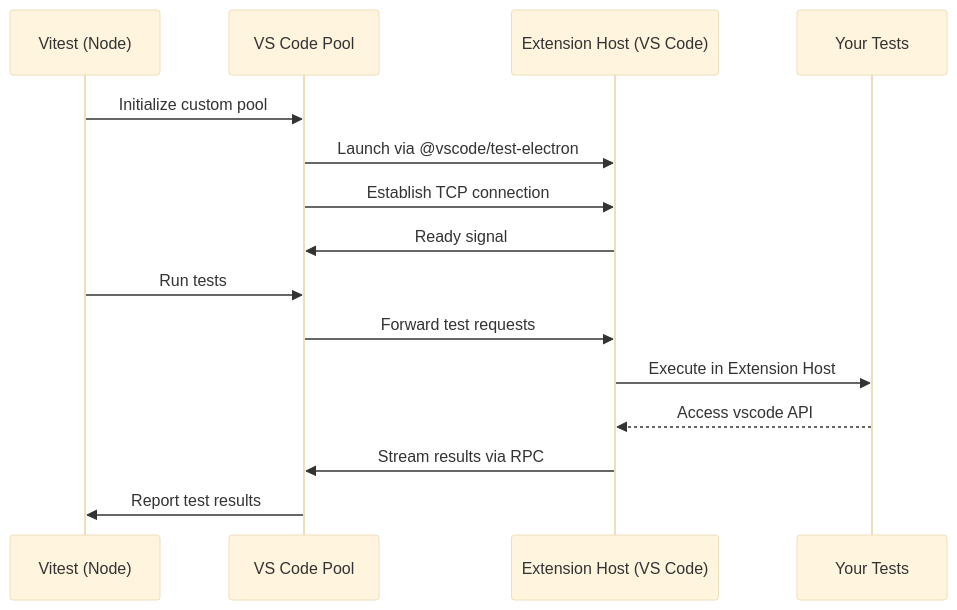
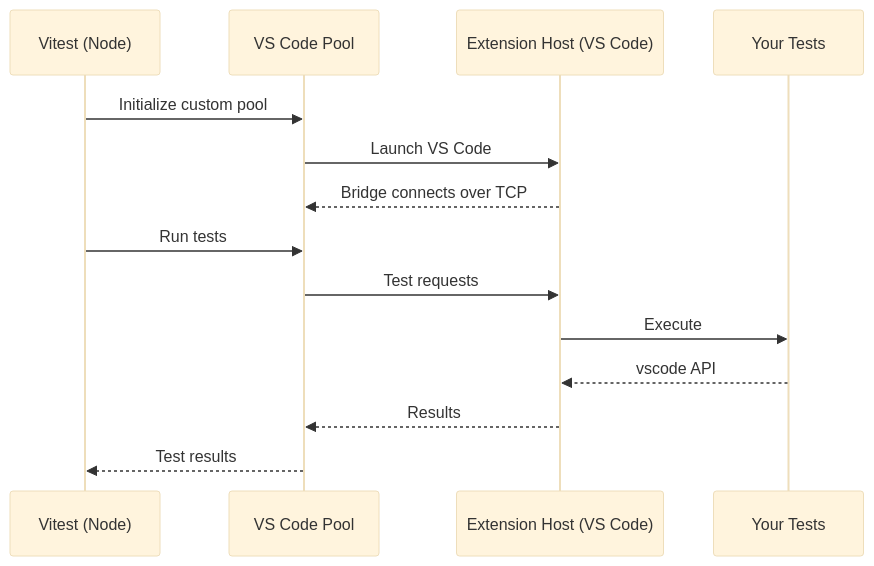
The diagram in README.md (Darhagonable/vitest-vscode-runner), drawn with Mermaid (base theme) before and after one commit. The commit also changed other lines of this file, not shown here.

````diff
--- a/README.md
+++ b/README.md
@@ -169,18 +158,17 @@
 ```mermaid
 sequenceDiagram
     participant Vitest as Vitest (Node)
     participant Pool as VS Code Pool
     participant Host as Extension Host (VS Code)
     participant Tests as Your Tests
 
     Vitest->>Pool: Initialize custom pool
-    Pool->>Host: Launch via @vscode/test-electron
-    Pool->>Host: Establish TCP connection
-    Host->>Pool: Ready signal
+    Pool->>Host: Launch VS Code
+    Host-->>Pool: Bridge connects over TCP
     Vitest->>Pool: Run tests
-    Pool->>Host: Forward test requests
-    Host->>Tests: Execute in Extension Host
-    Tests-->>Host: Access vscode API
-    Host->>Pool: Stream results via RPC
-    Pool->>Vitest: Report test results
+    Pool->>Host: Test requests
+    Host->>Tests: Execute
+    Tests-->>Host: vscode API
+    Host-->>Pool: Results
+    Pool-->>Vitest: Test results
 ```
````
